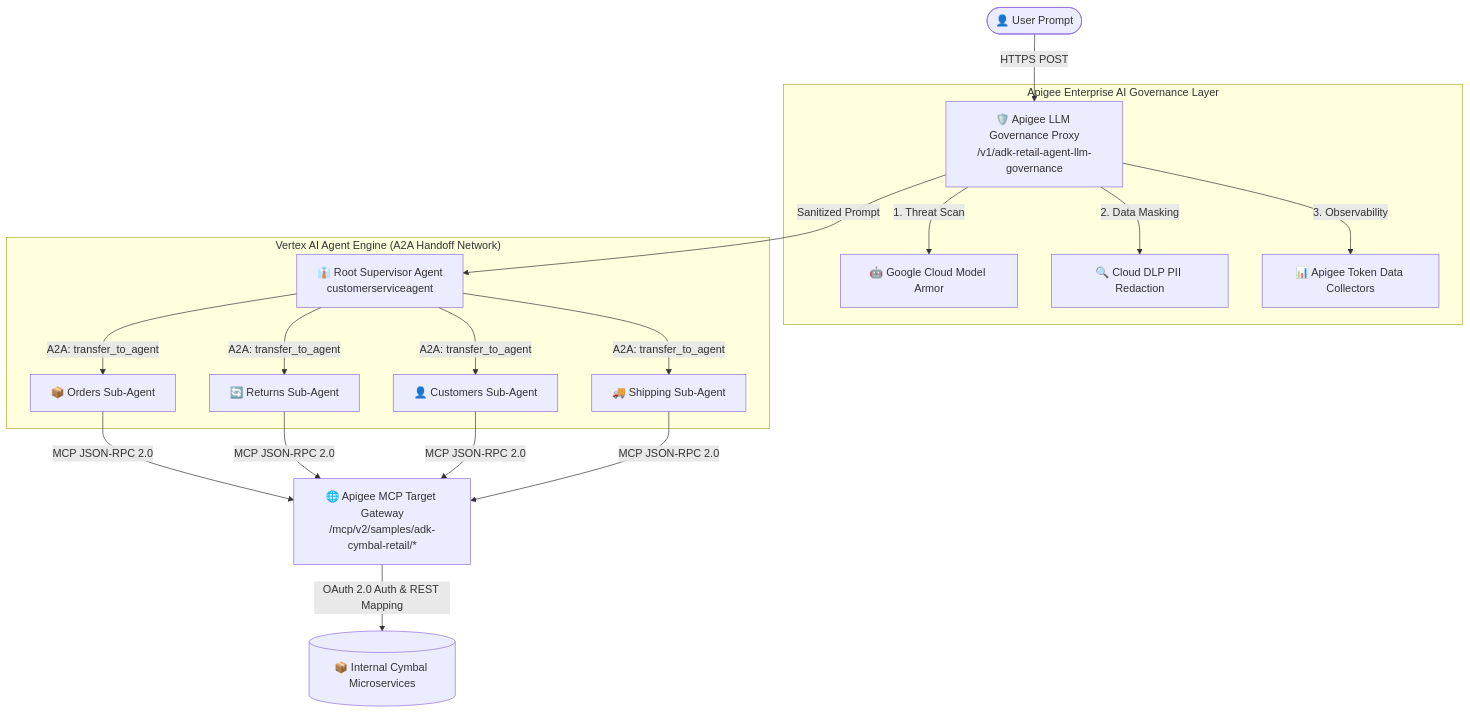
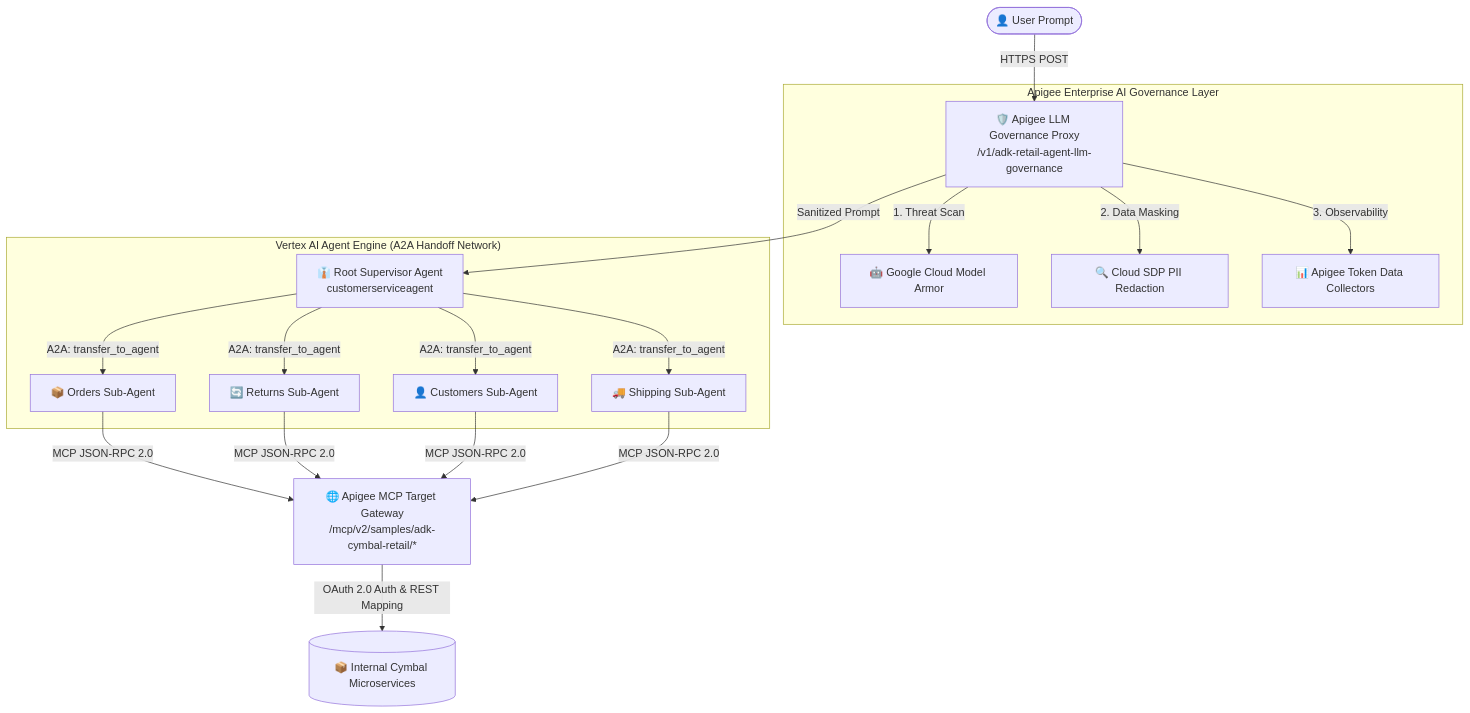
The diagram in adk-cymbal-retail-agent/README.md (GoogleCloudPlatform/apigee-samples), drawn with Mermaid before and after one commit. The commit also changed other lines of this file, not shown here.

````diff
--- a/adk-cymbal-retail-agent/README.md
+++ b/adk-cymbal-retail-agent/README.md
@@ -14,26 +14,26 @@
 ```mermaid
 graph TD
     User([👤 User Prompt]) -->|HTTPS POST| ApigeeGov[🛡️ Apigee LLM Governance Proxy<br>/v1/adk-retail-agent-llm-governance]
     
     subgraph "Apigee Enterprise AI Governance Layer"
         ApigeeGov -->|1. Threat Scan| ModelArmor[🤖 Google Cloud Model Armor]
-        ApigeeGov -->|2. Data Masking| DLP[🔍 Cloud DLP PII Redaction]
+        ApigeeGov -->|2. Data Masking| DLP[🔍 Cloud SDP PII Redaction]
         ApigeeGov -->|3. Observability| Analytics[📊 Apigee Token Data Collectors]
     end
     
     ApigeeGov -->|Sanitized Prompt| Supervisor[👔 Root Supervisor Agent<br>customerserviceagent]
     
     subgraph "Vertex AI Agent Engine (A2A Handoff Network)"
         Supervisor -->|A2A: transfer_to_agent| Orders[📦 Orders Sub-Agent]
         Supervisor -->|A2A: transfer_to_agent| Returns[🔄 Returns Sub-Agent]
         Supervisor -->|A2A: transfer_to_agent| Customers[👤 Customers Sub-Agent]
         Supervisor -->|A2A: transfer_to_agent| Shipping[🚚 Shipping Sub-Agent]
     end
     
     Orders -->|MCP JSON-RPC 2.0| MCPGate[🌐 Apigee MCP Target Gateway<br>/mcp/v2/samples/adk-cymbal-retail/*]
     Returns -->|MCP JSON-RPC 2.0| MCPGate
     Customers -->|MCP JSON-RPC 2.0| MCPGate
     Shipping -->|MCP JSON-RPC 2.0| MCPGate
     
     MCPGate -->|OAuth 2.0 Auth & REST Mapping| Services[(📦 Internal Cymbal Microservices)]
 ```
````
